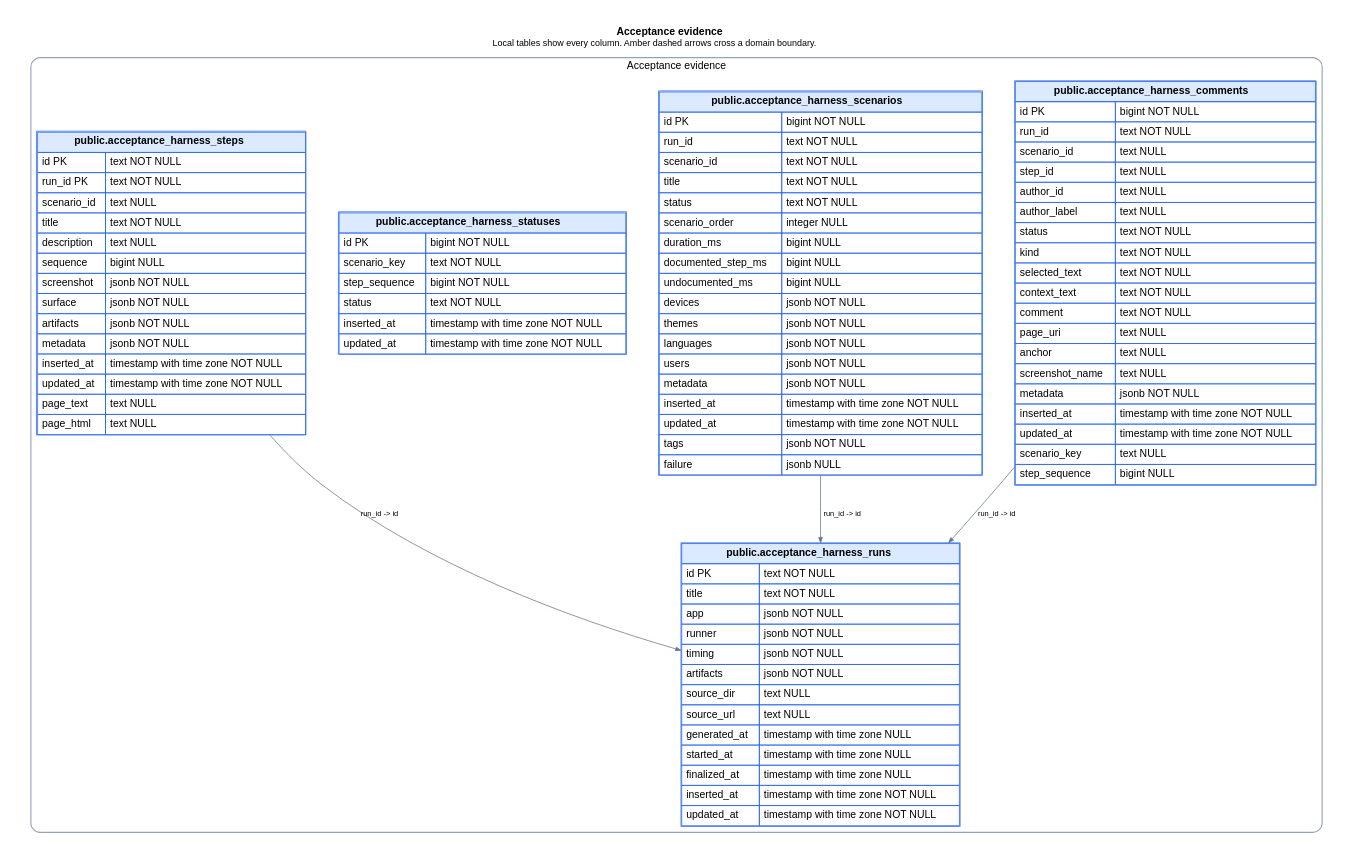
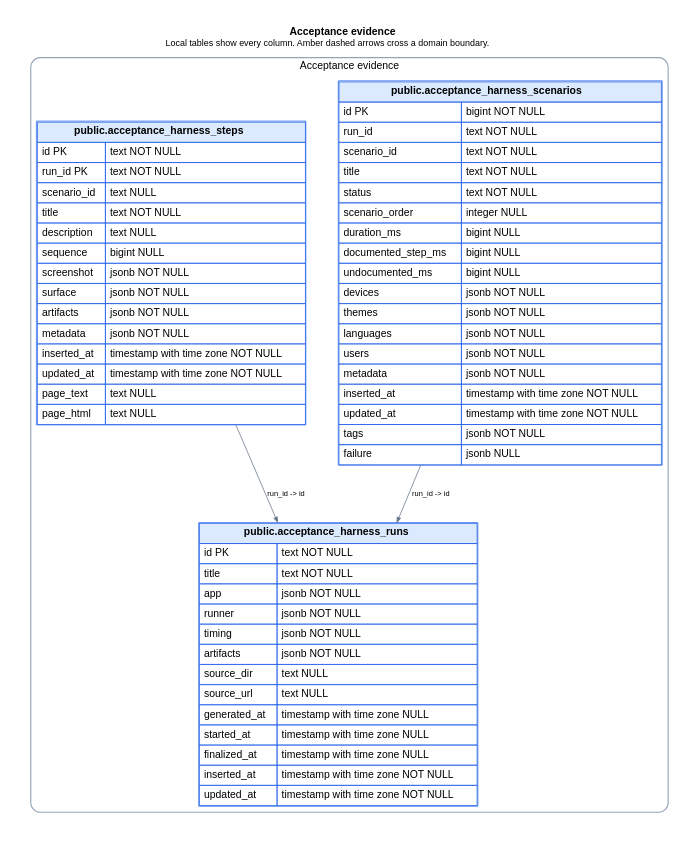
The diagram in docs/schema/domains/acceptance_evidence.dot (ogourment/pauseai.ca-website), drawn with Graphviz before and after one commit. The commit also changed 14 other files, not shown here.

Commit message:
Upgrade acceptance harness and import complete packaged release evidence

```diff
--- a/docs/schema/domains/acceptance_evidence.dot
+++ b/docs/schema/domains/acceptance_evidence.dot
@@ -1,61 +1,46 @@
 digraph acceptance_evidence {
   graph [rankdir=TB, bgcolor="white", pad=0.35, nodesep=0.6, ranksep=0.9, fontname="Helvetica"];
   node [shape=plain, fontname="Helvetica"];
   edge [fontname="Helvetica", fontsize=10, arrowsize=0.7];
   labelloc="t";
   label=< <B>Acceptance evidence</B><BR/><FONT POINT-SIZE="12">Local tables show every column. Amber dashed arrows cross a domain boundary.</FONT> >;
 
   subgraph cluster_local {
     label="Acceptance evidence";
     color="#94a3b8";
     penwidth=1.5;
     style="rounded";
-  "acceptance_harness_comments" [label=<
-    <TABLE BORDER="1" CELLBORDER="1" CELLSPACING="0" CELLPADDING="5" COLOR="#2563eb">
-      <TR><TD BGCOLOR="#dbeafe" COLSPAN="2"><B>public.acceptance_harness_comments</B></TD></TR>
-      <TR><TD ALIGN="LEFT">id PK</TD><TD ALIGN="LEFT">bigint NOT NULL</TD></TR><TR><TD ALIGN="LEFT">run_id</TD><TD ALIGN="LEFT">text NOT NULL</TD></TR><TR><TD ALIGN="LEFT">scenario_id</TD><TD ALIGN="LEFT">text NULL</TD></TR><TR><TD ALIGN="LEFT">step_id</TD><TD ALIGN="LEFT">text NULL</TD></TR><TR><TD ALIGN="LEFT">author_id</TD><TD ALIGN="LEFT">text NULL</TD></TR><TR><TD ALIGN="LEFT">author_label</TD><TD ALIGN="LEFT">text NULL</TD></TR><TR><TD ALIGN="LEFT">status</TD><TD ALIGN="LEFT">text NOT NULL</TD></TR><TR><TD ALIGN="LEFT">kind</TD><TD ALIGN="LEFT">text NOT NULL</TD></TR><TR><TD ALIGN="LEFT">selected_text</TD><TD ALIGN="LEFT">text NOT NULL</TD></TR><TR><TD ALIGN="LEFT">context_text</TD><TD ALIGN="LEFT">text NOT NULL</TD></TR><TR><TD ALIGN="LEFT">comment</TD><TD ALIGN="LEFT">text NOT NULL</TD></TR><TR><TD ALIGN="LEFT">page_uri</TD><TD ALIGN="LEFT">text NULL</TD></TR><TR><TD ALIGN="LEFT">anchor</TD><TD ALIGN="LEFT">text NULL</TD></TR><TR><TD ALIGN="LEFT">screenshot_name</TD><TD ALIGN="LEFT">text NULL</TD></TR><TR><TD ALIGN="LEFT">metadata</TD><TD ALIGN="LEFT">jsonb NOT NULL</TD></TR><TR><TD ALIGN="LEFT">inserted_at</TD><TD ALIGN="LEFT">timestamp with time zone NOT NULL</TD></TR><TR><TD ALIGN="LEFT">updated_at</TD><TD ALIGN="LEFT">timestamp with time zone NOT NULL</TD></TR><TR><TD ALIGN="LEFT">scenario_key</TD><TD ALIGN="LEFT">text NULL</TD></TR><TR><TD ALIGN="LEFT">step_sequence</TD><TD ALIGN="LEFT">bigint NULL</TD></TR>
-    </TABLE>
-  >];
-
   "acceptance_harness_runs" [label=<
     <TABLE BORDER="1" CELLBORDER="1" CELLSPACING="0" CELLPADDING="5" COLOR="#2563eb">
       <TR><TD BGCOLOR="#dbeafe" COLSPAN="2"><B>public.acceptance_harness_runs</B></TD></TR>
       <TR><TD ALIGN="LEFT">id PK</TD><TD ALIGN="LEFT">text NOT NULL</TD></TR><TR><TD ALIGN="LEFT">title</TD><TD ALIGN="LEFT">text NOT NULL</TD></TR><TR><TD ALIGN="LEFT">app</TD><TD ALIGN="LEFT">jsonb NOT NULL</TD></TR><TR><TD ALIGN="LEFT">runner</TD><TD ALIGN="LEFT">jsonb NOT NULL</TD></TR><TR><TD ALIGN="LEFT">timing</TD><TD ALIGN="LEFT">jsonb NOT NULL</TD></TR><TR><TD ALIGN="LEFT">artifacts</TD><TD ALIGN="LEFT">jsonb NOT NULL</TD></TR><TR><TD ALIGN="LEFT">source_dir</TD><TD ALIGN="LEFT">text NULL</TD></TR><TR><TD ALIGN="LEFT">source_url</TD><TD ALIGN="LEFT">text NULL</TD></TR><TR><TD ALIGN="LEFT">generated_at</TD><TD ALIGN="LEFT">timestamp with time zone NULL</TD></TR><TR><TD ALIGN="LEFT">started_at</TD><TD ALIGN="LEFT">timestamp with time zone NULL</TD></TR><TR><TD ALIGN="LEFT">finalized_at</TD><TD ALIGN="LEFT">timestamp with time zone NULL</TD></TR><TR><TD ALIGN="LEFT">inserted_at</TD><TD ALIGN="LEFT">timestamp with time zone NOT NULL</TD></TR><TR><TD ALIGN="LEFT">updated_at</TD><TD ALIGN="LEFT">timestamp with time zone NOT NULL</TD></TR>
     </TABLE>
   >];
 
   "acceptance_harness_scenarios" [label=<
     <TABLE BORDER="1" CELLBORDER="1" CELLSPACING="0" CELLPADDING="5" COLOR="#2563eb">
       <TR><TD BGCOLOR="#dbeafe" COLSPAN="2"><B>public.acceptance_harness_scenarios</B></TD></TR>
       <TR><TD ALIGN="LEFT">id PK</TD><TD ALIGN="LEFT">bigint NOT NULL</TD></TR><TR><TD ALIGN="LEFT">run_id</TD><TD ALIGN="LEFT">text NOT NULL</TD></TR><TR><TD ALIGN="LEFT">scenario_id</TD><TD ALIGN="LEFT">text NOT NULL</TD></TR><TR><TD ALIGN="LEFT">title</TD><TD ALIGN="LEFT">text NOT NULL</TD></TR><TR><TD ALIGN="LEFT">status</TD><TD ALIGN="LEFT">text NOT NULL</TD></TR><TR><TD ALIGN="LEFT">scenario_order</TD><TD ALIGN="LEFT">integer NULL</TD></TR><TR><TD ALIGN="LEFT">duration_ms</TD><TD ALIGN="LEFT">bigint NULL</TD></TR><TR><TD ALIGN="LEFT">documented_step_ms</TD><TD ALIGN="LEFT">bigint NULL</TD></TR><TR><TD ALIGN="LEFT">undocumented_ms</TD><TD ALIGN="LEFT">bigint NULL</TD></TR><TR><TD ALIGN="LEFT">devices</TD><TD ALIGN="LEFT">jsonb NOT NULL</TD></TR><TR><TD ALIGN="LEFT">themes</TD><TD ALIGN="LEFT">jsonb NOT NULL</TD></TR><TR><TD ALIGN="LEFT">languages</TD><TD ALIGN="LEFT">jsonb NOT NULL</TD></TR><TR><TD ALIGN="LEFT">users</TD><TD ALIGN="LEFT">jsonb NOT NULL</TD></TR><TR><TD ALIGN="LEFT">metadata</TD><TD ALIGN="LEFT">jsonb NOT NULL</TD></TR><TR><TD ALIGN="LEFT">inserted_at</TD><TD ALIGN="LEFT">timestamp with time zone NOT NULL</TD></TR><TR><TD ALIGN="LEFT">updated_at</TD><TD ALIGN="LEFT">timestamp with time zone NOT NULL</TD></TR><TR><TD ALIGN="LEFT">tags</TD><TD ALIGN="LEFT">jsonb NOT NULL</TD></TR><TR><TD ALIGN="LEFT">failure</TD><TD ALIGN="LEFT">jsonb NULL</TD></TR>
-    </TABLE>
-  >];
-
-  "acceptance_harness_statuses" [label=<
-    <TABLE BORDER="1" CELLBORDER="1" CELLSPACING="0" CELLPADDING="5" COLOR="#2563eb">
-      <TR><TD BGCOLOR="#dbeafe" COLSPAN="2"><B>public.acceptance_harness_statuses</B></TD></TR>
-      <TR><TD ALIGN="LEFT">id PK</TD><TD ALIGN="LEFT">bigint NOT NULL</TD></TR><TR><TD ALIGN="LEFT">scenario_key</TD><TD ALIGN="LEFT">text NOT NULL</TD></TR><TR><TD ALIGN="LEFT">step_sequence</TD><TD ALIGN="LEFT">bigint NOT NULL</TD></TR><TR><TD ALIGN="LEFT">status</TD><TD ALIGN="LEFT">text NOT NULL</TD></TR><TR><TD ALIGN="LEFT">inserted_at</TD><TD ALIGN="LEFT">timestamp with time zone NOT NULL</TD></TR><TR><TD ALIGN="LEFT">updated_at</TD><TD ALIGN="LEFT">timestamp with time zone NOT NULL</TD></TR>
     </TABLE>
   >];
 
   "acceptance_harness_steps" [label=<
     <TABLE BORDER="1" CELLBORDER="1" CELLSPACING="0" CELLPADDING="5" COLOR="#2563eb">
       <TR><TD BGCOLOR="#dbeafe" COLSPAN="2"><B>public.acceptance_harness_steps</B></TD></TR>
       <TR><TD ALIGN="LEFT">id PK</TD><TD ALIGN="LEFT">text NOT NULL</TD></TR><TR><TD ALIGN="LEFT">run_id PK</TD><TD ALIGN="LEFT">text NOT NULL</TD></TR><TR><TD ALIGN="LEFT">scenario_id</TD><TD ALIGN="LEFT">text NULL</TD></TR><TR><TD ALIGN="LEFT">title</TD><TD ALIGN="LEFT">text NOT NULL</TD></TR><TR><TD ALIGN="LEFT">description</TD><TD ALIGN="LEFT">text NULL</TD></TR><TR><TD ALIGN="LEFT">sequence</TD><TD ALIGN="LEFT">bigint NULL</TD></TR><TR><TD ALIGN="LEFT">screenshot</TD><TD ALIGN="LEFT">jsonb NOT NULL</TD></TR><TR><TD ALIGN="LEFT">surface</TD><TD ALIGN="LEFT">jsonb NOT NULL</TD></TR><TR><TD ALIGN="LEFT">artifacts</TD><TD ALIGN="LEFT">jsonb NOT NULL</TD></TR><TR><TD ALIGN="LEFT">metadata</TD><TD ALIGN="LEFT">jsonb NOT NULL</TD></TR><TR><TD ALIGN="LEFT">inserted_at</TD><TD ALIGN="LEFT">timestamp with time zone NOT NULL</TD></TR><TR><TD ALIGN="LEFT">updated_at</TD><TD ALIGN="LEFT">timestamp with time zone NOT NULL</TD></TR><TR><TD ALIGN="LEFT">page_text</TD><TD ALIGN="LEFT">text NULL</TD></TR><TR><TD ALIGN="LEFT">page_html</TD><TD ALIGN="LEFT">text NULL</TD></TR>
     </TABLE>
   >];
 
   }
 
   subgraph cluster_external {
     label="External-domain references — other relationships are intentionally omitted";
     color="#cbd5e1";
     penwidth=1;
     style="rounded";
 
   }
 
-  "acceptance_harness_comments" -> "acceptance_harness_runs" [label="run_id -> id", color="#64748b"];
   "acceptance_harness_scenarios" -> "acceptance_harness_runs" [label="run_id -> id", color="#64748b"];
   "acceptance_harness_steps" -> "acceptance_harness_runs" [label="run_id -> id", color="#64748b"];
 }
```
